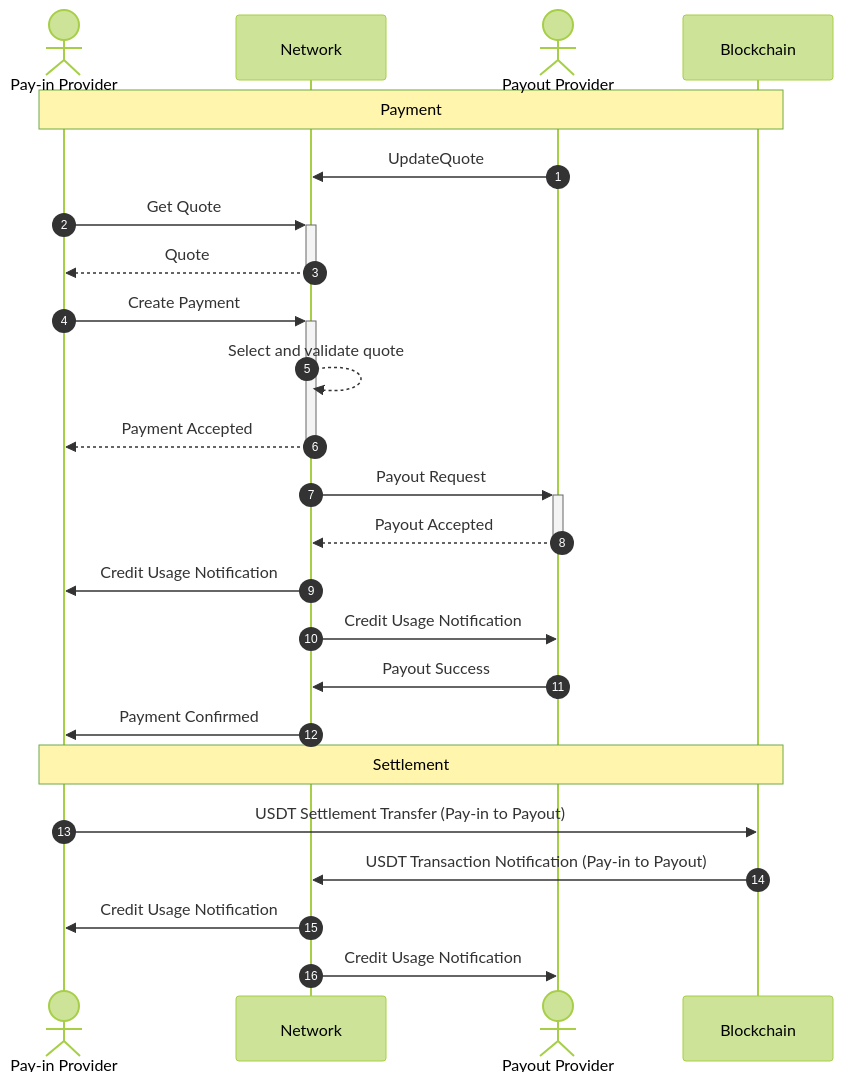
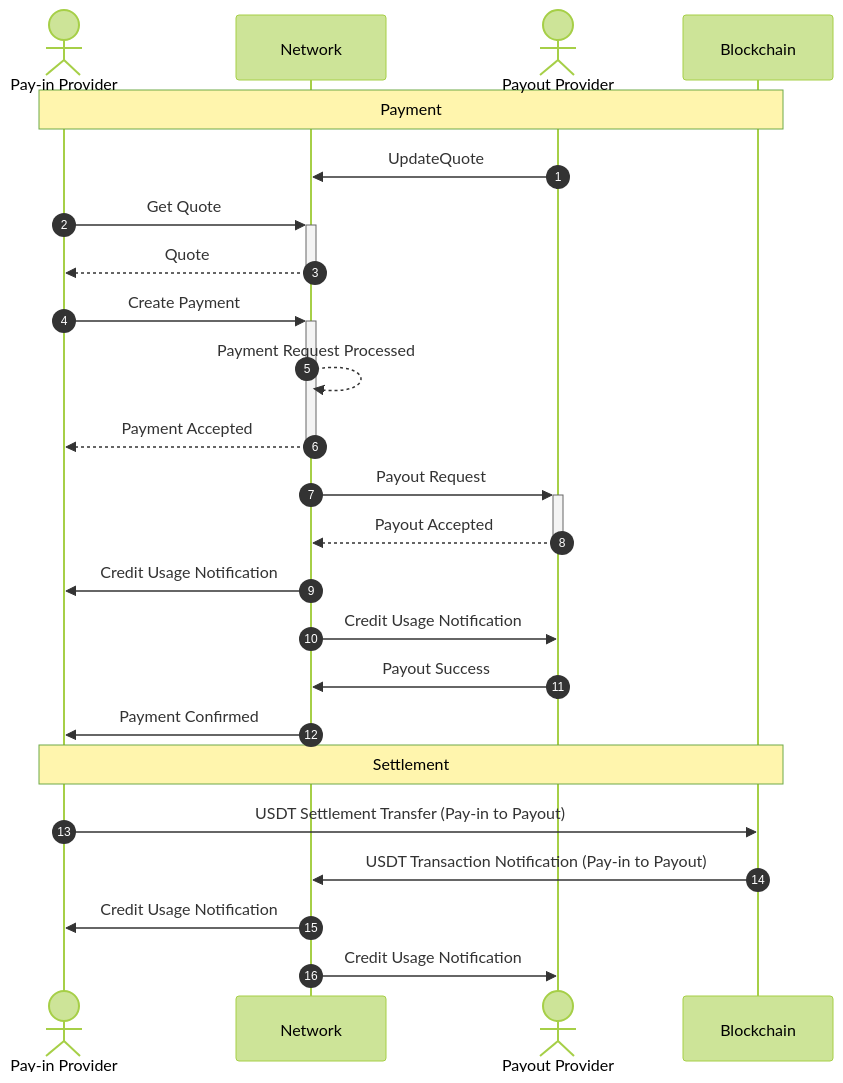
One commit to t-0-network/t-0-network.github.io changed the diagram in content/docs/network/payment-flow.md. Above: the diagram before and after it, drawn with Mermaid (forest theme). The commit also changed other lines of this file, not shown here.

````diff
--- a/content/docs/network/payment-flow.md
+++ b/content/docs/network/payment-flow.md
@@ -14,33 +14,33 @@
 ```mermaid
 sequenceDiagram
     actor PIP as Pay-in Provider
     participant N as Network
     actor POP as Payout Provider
     participant BC as Blockchain
 
     autonumber
     Note over PIP, BC: Payment
 
     POP->>N: UpdateQuote
     PIP->>+N: Get Quote
     N-->>-PIP: Quote
     PIP->>+N: Create Payment
-    N-->>N: Select and validate quote
+    N-->>N: Payment Request Processed
     N-->>-PIP: Payment Accepted
 
     N->>+POP: Payout Request
     POP-->>-N: Payout Accepted
 
     N->>PIP: Credit Usage Notification
     N->>POP: Credit Usage Notification
 
     POP->>N: Payout Success
     N->>PIP: Payment Confirmed
 
     Note over PIP, BC: Settlement
 
     PIP->>BC: USDT Settlement Transfer (Pay-in to Payout)
     BC->>N: USDT Transaction Notification (Pay-in to Payout)
     N->>PIP: Credit Usage Notification
     N->>POP: Credit Usage Notification
 ```
````
